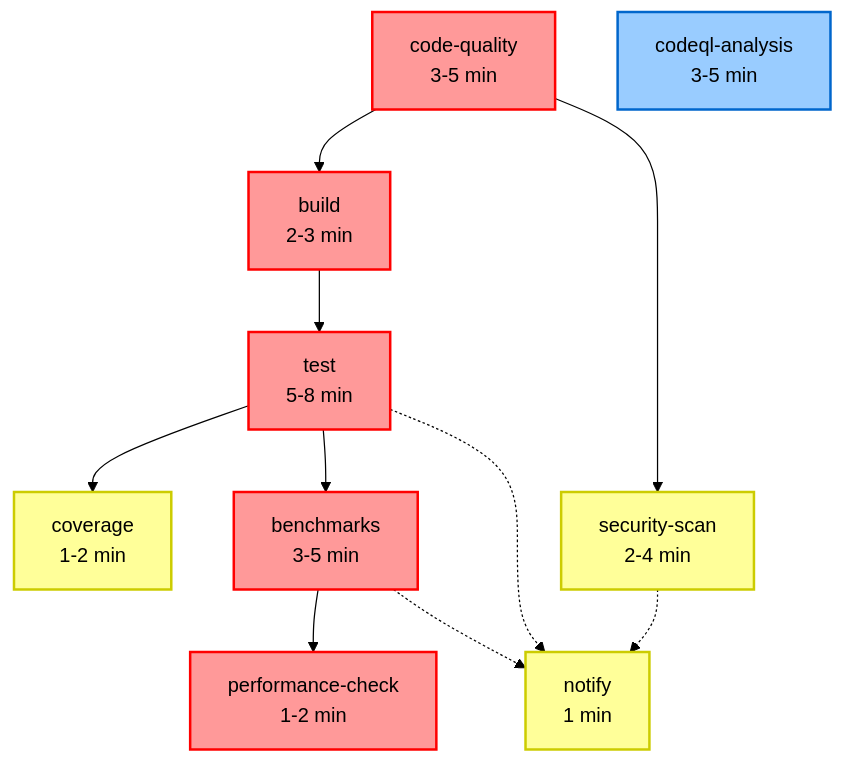
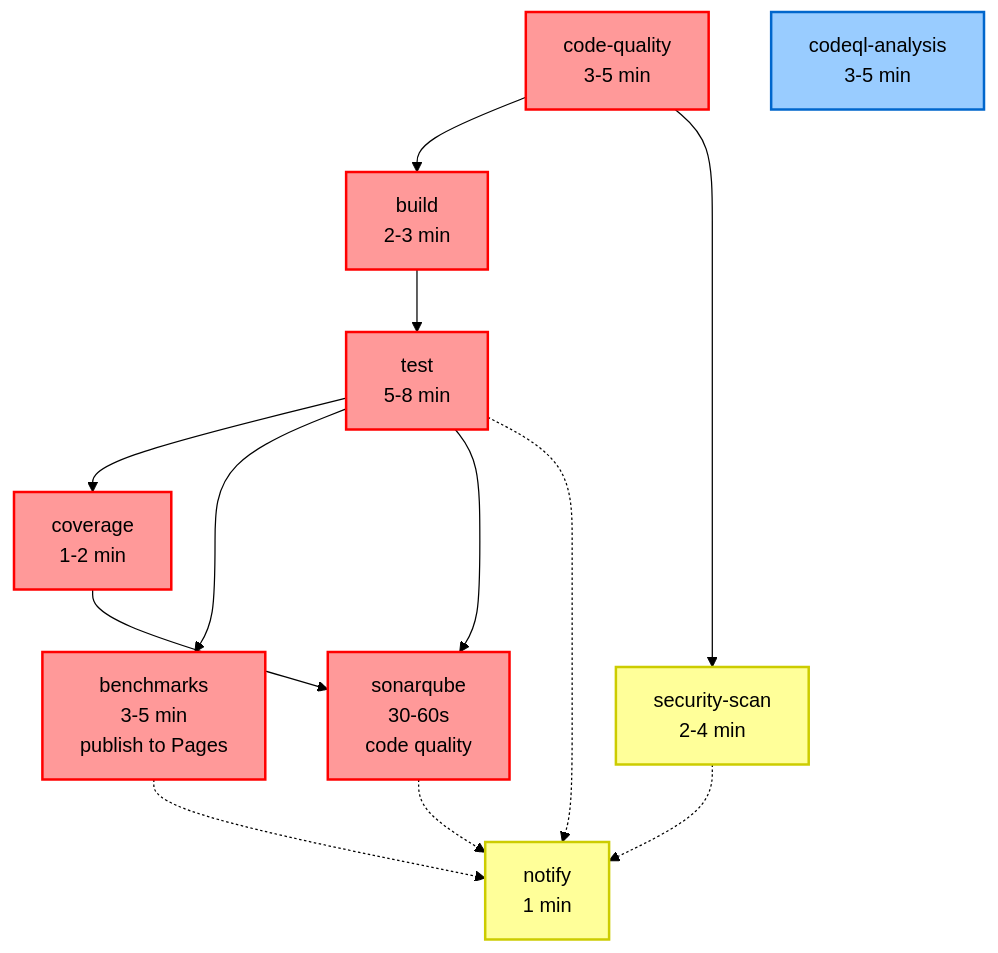
One commit to ayush1452/password-vault-cli changed the diagram in README.md. Above: the diagram before and after it, drawn with Mermaid (forest theme). The commit also changed other lines of this file and 2 other files, not shown here.

First line of the commit message:
feat: restructure benchmarks and update CI/CD docs

````diff
--- a/README.md
+++ b/README.md
@@ -360,27 +370,29 @@
 ```mermaid
 graph TD
     %% Independent starting nodes
     A[code-quality<br/>3-5 min] --> B[build<br/>2-3 min]
     C[codeql-analysis<br/>3-5 min]
     A --> D[security-scan<br/>2-4 min]
     
     %% Main pipeline
     B --> E[test<br/>5-8 min]
     E --> F[coverage<br/>1-2 min]
-    E --> G[benchmarks<br/>3-5 min]
-    G --> H[performance-check<br/>1-2 min]
+    E --> G[benchmarks<br/>3-5 min<br/>publish to Pages]
+    E --> H[sonarqube<br/>30-60s<br/>code quality]
+    F --> H
     
     %% Notification (only on failure)
     E -.-> I[notify<br/>1 min]
     G -.-> I
     D -.-> I
+    H -.-> I
     
     %% Styling
     classDef critical fill:#ff9999,stroke:#ff0000,stroke-width:2px
     classDef parallel fill:#99ccff,stroke:#0066cc,stroke-width:2px
     classDef optional fill:#ffff99,stroke:#cccc00,stroke-width:2px
     
-    class A,B,E,G,H critical
+    class A,B,E,F,G,H critical
     class C parallel
-    class D,F,I optional
+    class D,I optional
 ```
````
